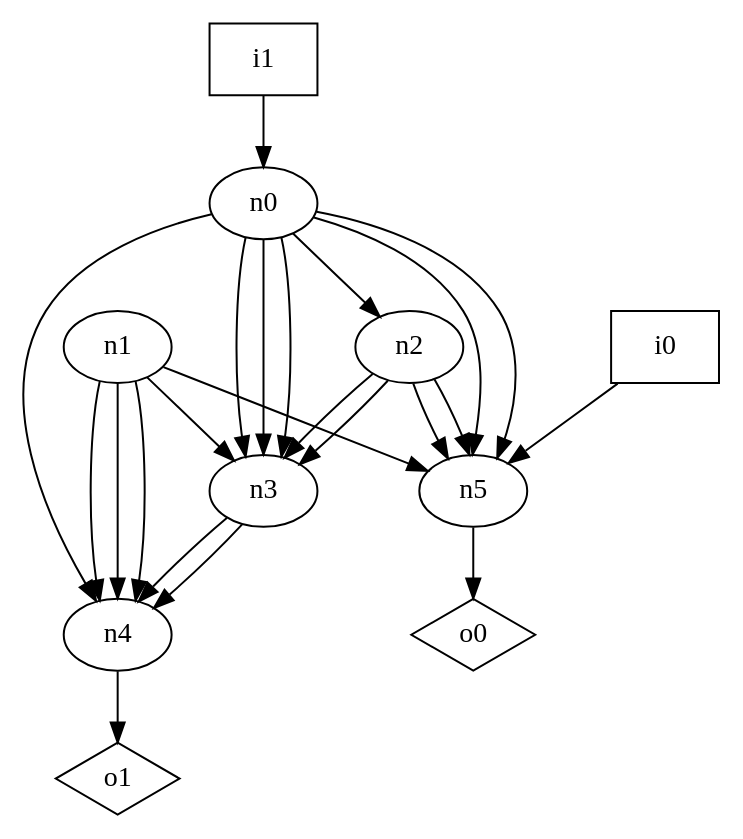
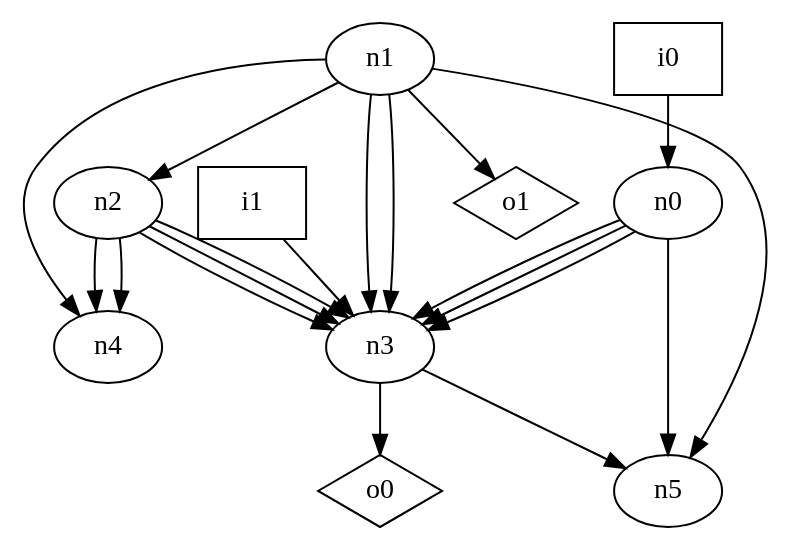
Before and after one commit to p9romain/bool-circuits: the diagram in dot_files/random/random_DAG_loop_free_graph.dot, drawn with Graphviz. The commit also changed 29 other files, not shown here.

```diff
--- a/dot_files/random/random_DAG_loop_free_graph.dot
+++ b/dot_files/random/random_DAG_loop_free_graph.dot
@@ -1,34 +1,31 @@
 digraph G {
 n0 [label="n0"];
 n1 [label="n1"];
 n2 [label="n2"];
 n3 [label="n3"];
 n4 [label="n4"];
 n5 [label="n5"];
 n6 [label="i0",shape="box"];
 n7 [label="i1",shape="box"];
 n8 [label="o0",shape="diamond"];
 n9 [label="o1",shape="diamond"];
-n0 -> n2
 n0 -> n3
 n0 -> n3
 n0 -> n3
-n0 -> n4
 n0 -> n5
-n0 -> n5
+n1 -> n2
+n1 -> n3
 n1 -> n3
 n1 -> n4
-n1 -> n4
-n1 -> n4
 n1 -> n5
+n1 -> n9
 n2 -> n3
 n2 -> n3
-n2 -> n5
-n2 -> n5
-n3 -> n4
-n3 -> n4
-n4 -> n9
-n5 -> n8
-n6 -> n5
-n7 -> n0
+n2 -> n3
+n2 -> n4
+n2 -> n4
+n3 -> n5
+n3 -> n8
+n6 -> n0
+n7 -> n3
 }
```
